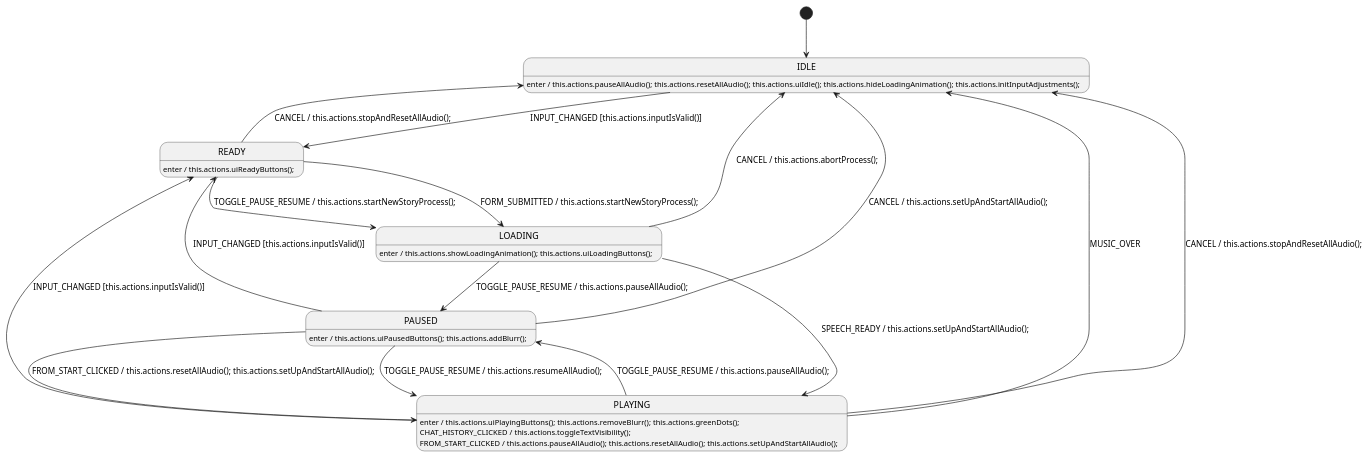
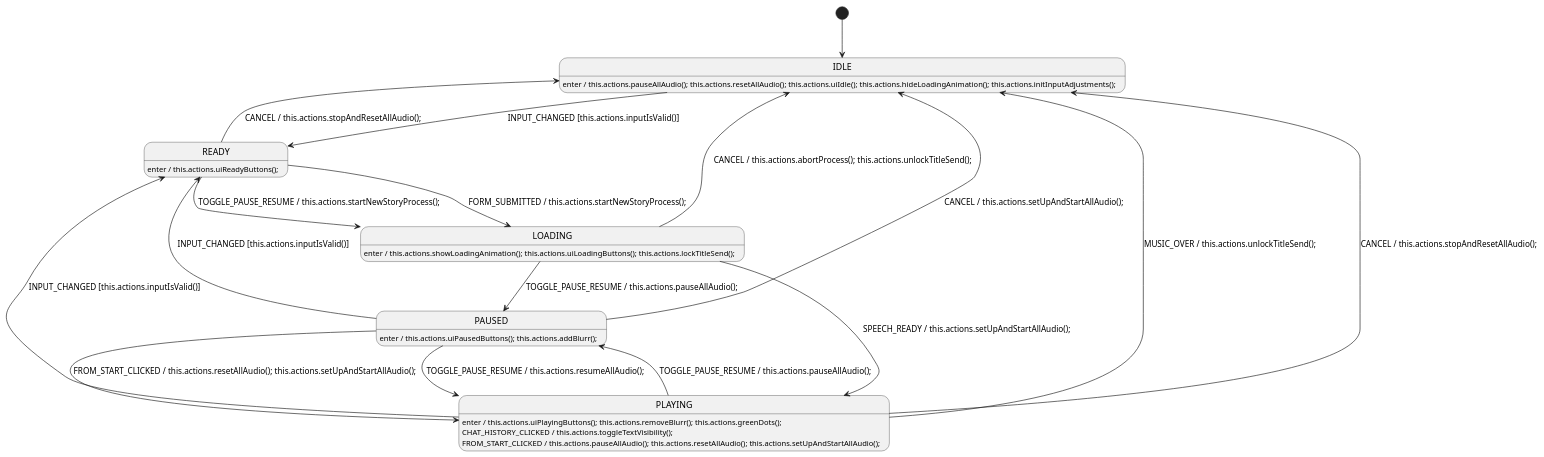
The diagram in static/js/audioSmActions.plantuml (grannygoestoheaven/teller), drawn with PlantUML before and after one commit. The commit also changed 19 other files, not shown here.

```diff
--- a/static/js/audioSmActions.plantuml
+++ b/static/js/audioSmActions.plantuml
@@ -1,46 +1,46 @@
 @startuml AudioStateMachine
 
     '############################ States ############################
 
     [*] --> IDLE
 
     state IDLE
     state READY
     state LOADING
     state PLAYING
     state PAUSED
 
     '############################ Handlers ############################
 
     IDLE: enter / this.actions.pauseAllAudio(); this.actions.resetAllAudio(); this.actions.uiIdle(); this.actions.hideLoadingAnimation(); this.actions.initInputAdjustments();
     IDLE --> READY : INPUT_CHANGED [this.actions.inputIsValid()]
 
     READY: enter / this.actions.uiReadyButtons();
     READY --> LOADING : FORM_SUBMITTED / this.actions.startNewStoryProcess();
     READY --> LOADING : TOGGLE_PAUSE_RESUME / this.actions.startNewStoryProcess();
     READY --> IDLE: CANCEL / this.actions.stopAndResetAllAudio();
 
-    LOADING: enter / this.actions.showLoadingAnimation(); this.actions.uiLoadingButtons();
+    LOADING: enter / this.actions.showLoadingAnimation(); this.actions.uiLoadingButtons(); this.actions.lockTitleSend();
     LOADING --> PLAYING : SPEECH_READY / this.actions.setUpAndStartAllAudio();
     LOADING --> PAUSED : TOGGLE_PAUSE_RESUME / this.actions.pauseAllAudio();
-    LOADING --> IDLE : CANCEL / this.actions.abortProcess();
+    LOADING --> IDLE : CANCEL / this.actions.abortProcess(); this.actions.unlockTitleSend();
 
     PLAYING: enter / this.actions.uiPlayingButtons(); this.actions.removeBlurr(); this.actions.greenDots();
     PLAYING --> PAUSED : TOGGLE_PAUSE_RESUME / this.actions.pauseAllAudio();
-    PLAYING --> IDLE : MUSIC_OVER
+    PLAYING --> IDLE : MUSIC_OVER / this.actions.unlockTitleSend();
     PLAYING --> READY : INPUT_CHANGED [this.actions.inputIsValid()]
     PLAYING --> IDLE: CANCEL / this.actions.stopAndResetAllAudio();
     PLAYING : CHAT_HISTORY_CLICKED / this.actions.toggleTextVisibility();
     PLAYING : FROM_START_CLICKED / this.actions.pauseAllAudio(); this.actions.resetAllAudio(); this.actions.setUpAndStartAllAudio();
 
     PAUSED: enter / this.actions.uiPausedButtons(); this.actions.addBlurr();
     PAUSED --> PLAYING : TOGGLE_PAUSE_RESUME / this.actions.resumeAllAudio();
     PAUSED --> PLAYING : FROM_START_CLICKED / this.actions.resetAllAudio(); this.actions.setUpAndStartAllAudio();
     PAUSED --> READY : INPUT_CHANGED [this.actions.inputIsValid()]
     PAUSED --> IDLE: CANCEL / this.actions.setUpAndStartAllAudio();
 
 /'! $CONFIG : toml
 SmRunnerSettings.transpilerId = "JavaScript"
 '/
 
 @enduml
```
